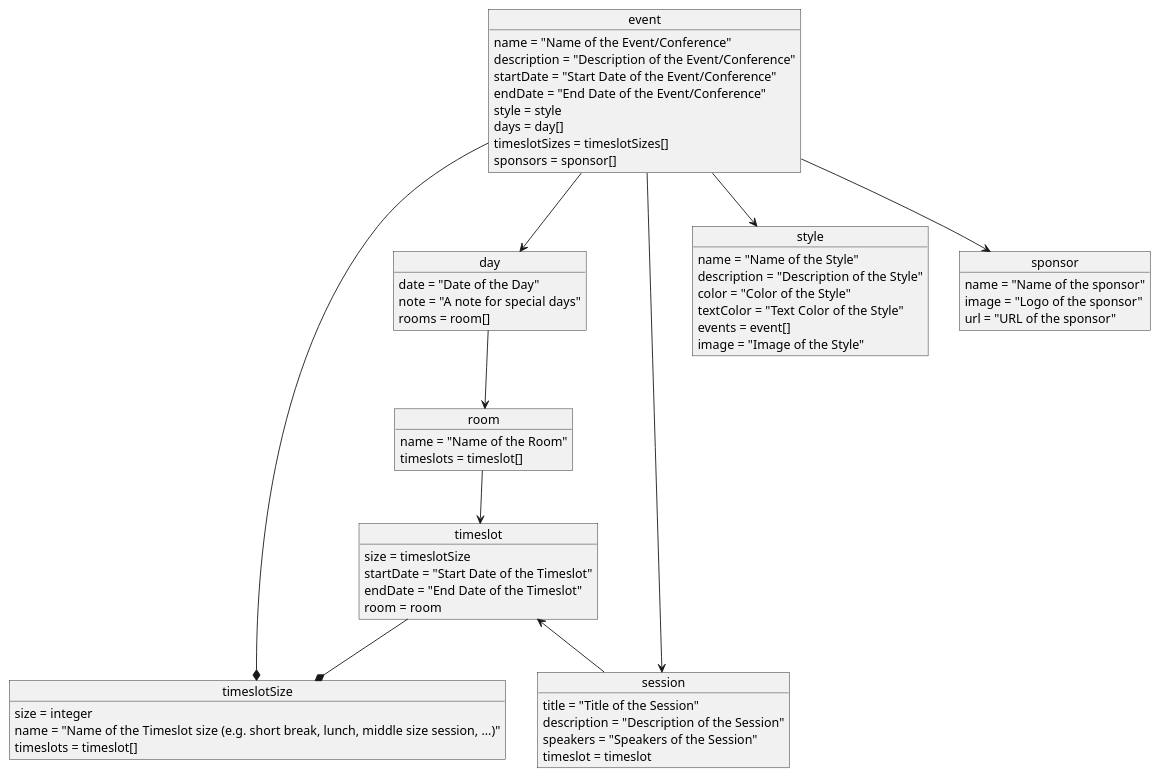
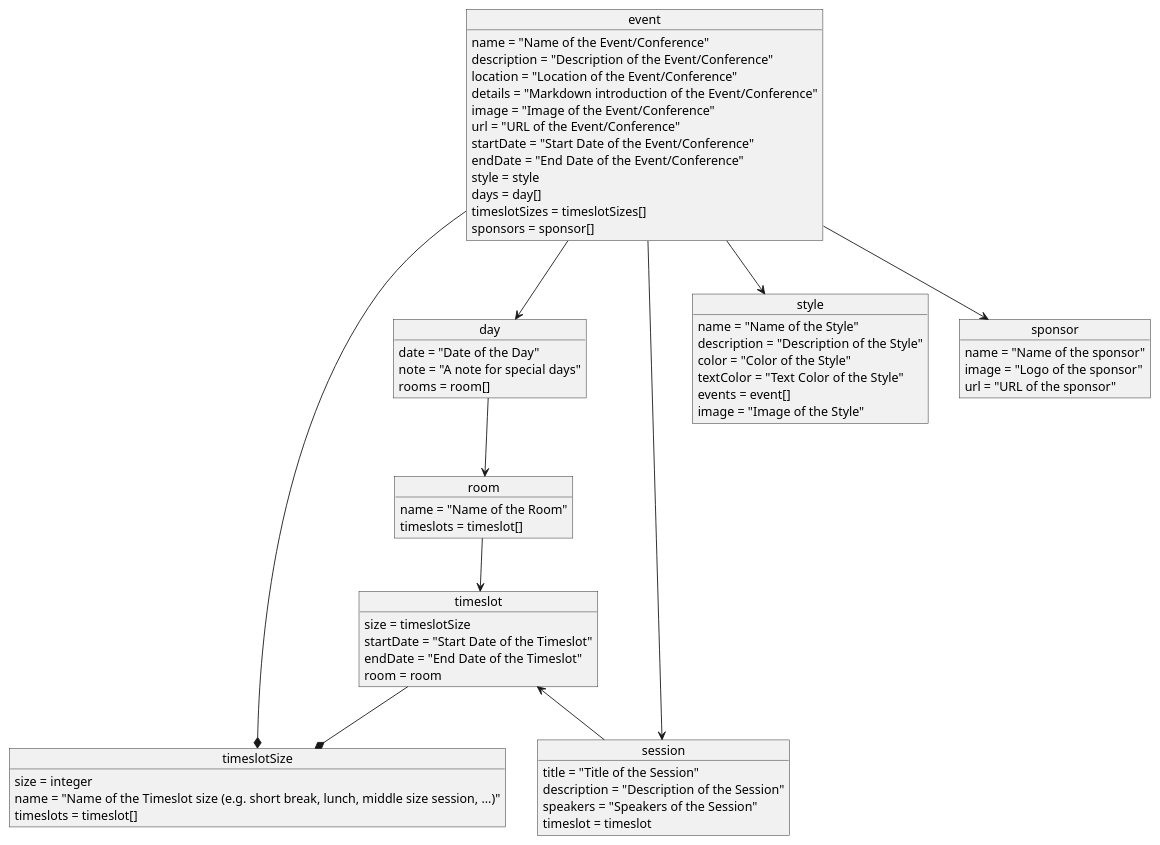
Before and after one commit to mayflower/oTTo: the diagram in docs/diagrams/business_models.puml, drawn with PlantUML. The commit also changed 1 other file, not shown here.

Commit message:
Add location, details, image and url to event

```diff
--- a/docs/diagrams/business_models.puml
+++ b/docs/diagrams/business_models.puml
@@ -1,65 +1,69 @@
 @startuml BusinessModels
 
 object event
 object day
 object room
 object timeslotSize
 object timeslot
 object session
 object style
 object sponsor
 
 event : name = "Name of the Event/Conference"
 event : description = "Description of the Event/Conference"
+event : location = "Location of the Event/Conference"
+event : details = "Markdown introduction of the Event/Conference"
+event : image = "Image of the Event/Conference"
+event : url = "URL of the Event/Conference"
 event : startDate = "Start Date of the Event/Conference"
 event : endDate = "End Date of the Event/Conference"
 event : style = style
 event : days = day[]
 event : timeslotSizes = timeslotSizes[]
 event : sponsors = sponsor[]
 
 sponsor : name = "Name of the sponsor"
 sponsor : image = "Logo of the sponsor"
 sponsor : url = "URL of the sponsor"
 
 day : date = "Date of the Day"
 day : note = "A note for special days"
 day : rooms = room[]
 
 room : name = "Name of the Room"
 room : timeslots = timeslot[]
 
 timeslotSize : size = integer
 timeslotSize : name = "Name of the Timeslot size (e.g. short break, lunch, middle size session, ...)"
 timeslotSize : timeslots = timeslot[]
 
 timeslot : size = timeslotSize
 timeslot : startDate = "Start Date of the Timeslot"
 timeslot : endDate = "End Date of the Timeslot"
 timeslot : room = room
 
 session : title = "Title of the Session"
 session : description = "Description of the Session"
 session : speakers = "Speakers of the Session"
 session : timeslot = timeslot
 
 style : name = "Name of the Style"
 style : description = "Description of the Style"
 style : color = "Color of the Style"
 style : textColor = "Text Color of the Style"
 style : events = event[]
 style : image = "Image of the Style"
 
 event --> day
 event --> style
 event --* timeslotSize
 event --> session
 event --> sponsor
 
 day --> room
 
 room --> timeslot
 timeslot <-- session
 timeslot --* timeslotSize
 
 @enduml
```
